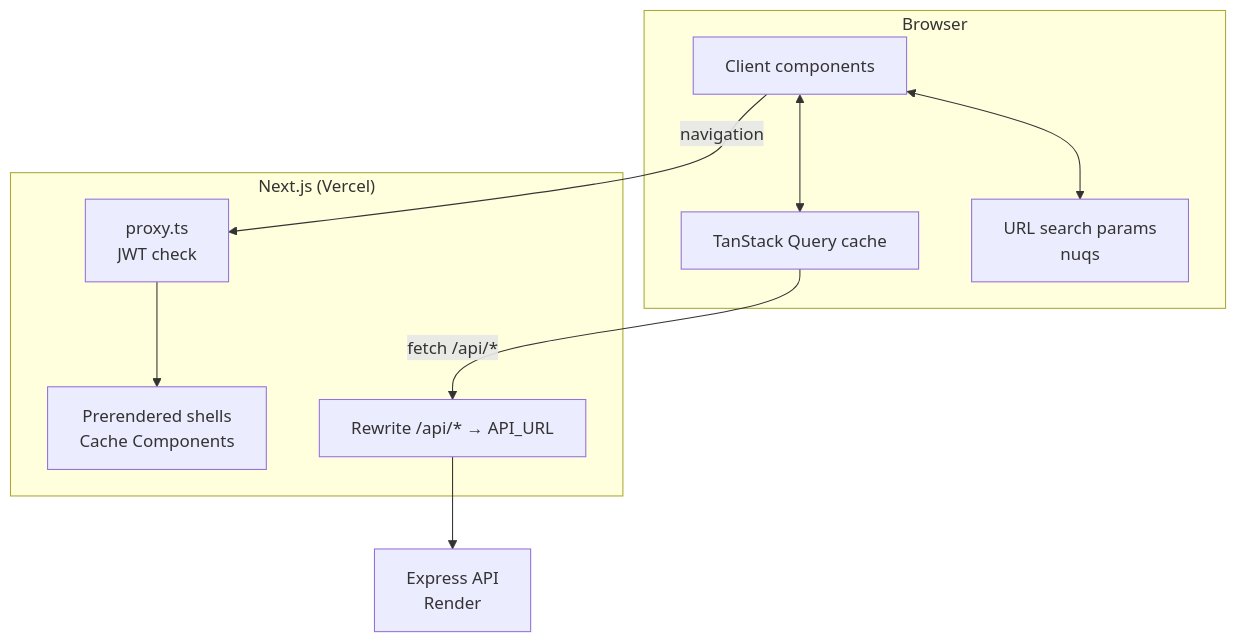
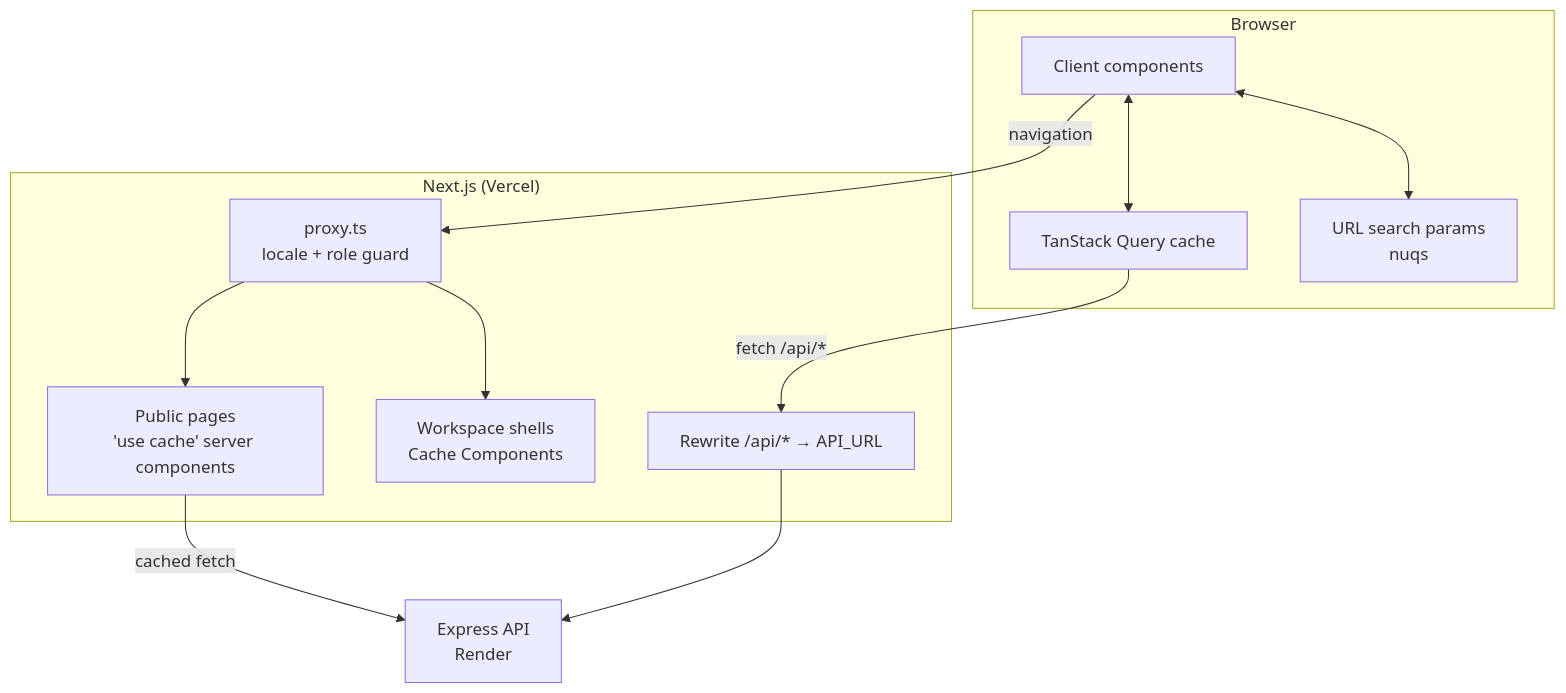
The first of 3 diagrams in ARCHITECTURE.md (sadatnuman/doctor-tracker-frontend), drawn with Mermaid before and after one commit. The commit also changed other lines of this file and 44 other files, not shown here.

````diff
--- a/ARCHITECTURE.md
+++ b/ARCHITECTURE.md
@@ -23,18 +28,20 @@
 ```mermaid
 flowchart TB
     subgraph Browser
       UI[Client components]
       RQ[TanStack Query cache]
       URL[URL search params<br/>nuqs]
       UI <--> RQ
       UI <--> URL
     end
     subgraph "Next.js (Vercel)"
-      PX[proxy.ts<br/>JWT check]
-      SH[Prerendered shells<br/>Cache Components]
+      PX[proxy.ts<br/>locale + role guard]
+      PUB[Public pages<br/>'use cache' server components]
+      SH[Workspace shells<br/>Cache Components]
       RW[Rewrite /api/* → API_URL]
     end
     API[Express API<br/>Render]
-    UI -- navigation --> PX --> SH
+    UI -- navigation --> PX --> PUB & SH
+    PUB -- cached fetch --> API
     RQ -- fetch /api/* --> RW --> API
 ```
````
